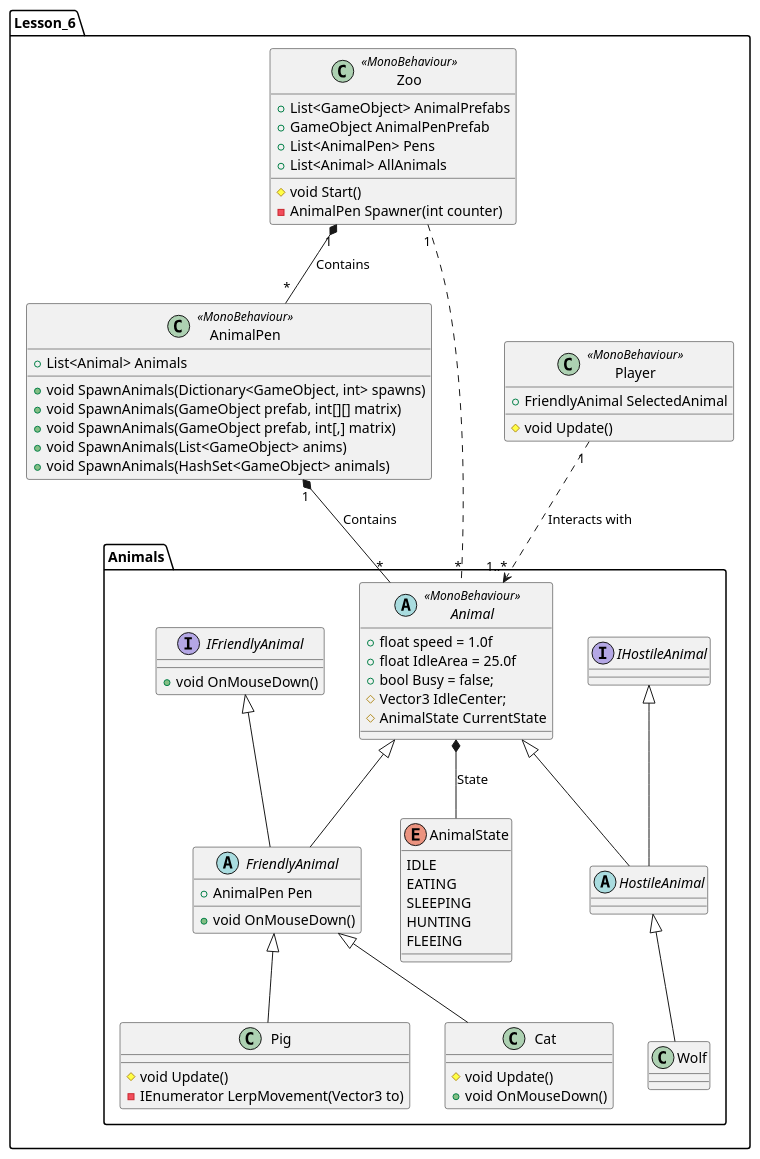
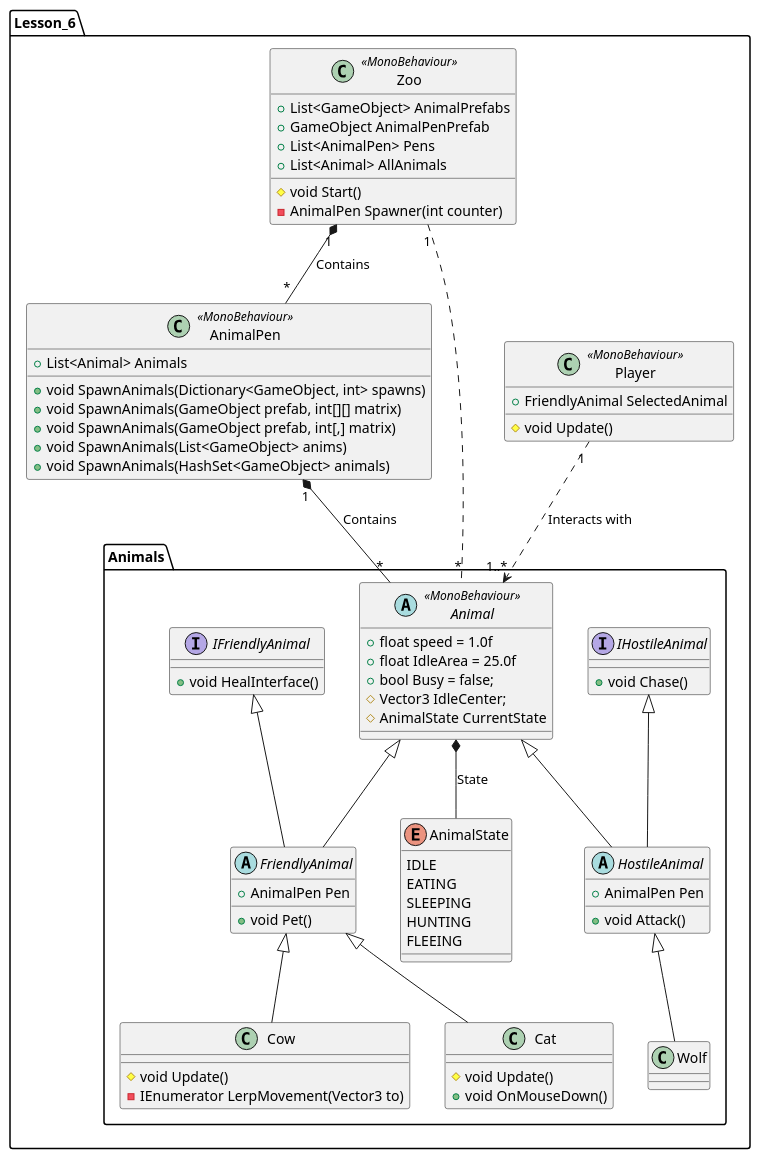
Before and after one commit to Hauvgaard2005/MyZoo: the diagram in Assets/Docs/Class.puml, drawn with PlantUML. The commit also changed 1 other file, not shown here.

Commit message:
PlantUML
Mine changes

```diff
--- a/Assets/Docs/Class.puml
+++ b/Assets/Docs/Class.puml
@@ -1,92 +1,93 @@
 @startuml
 
 namespace Lesson_6{
     class AnimalPen <<MonoBehaviour>>{
         + List<Animal> Animals
         + void SpawnAnimals(Dictionary<GameObject, int> spawns)
         + void SpawnAnimals(GameObject prefab, int[][] matrix)
         + void SpawnAnimals(GameObject prefab, int[,] matrix)
         + void SpawnAnimals(List<GameObject> anims)
         + void SpawnAnimals(HashSet<GameObject> animals)
     }
 
     class Player <<MonoBehaviour>>{
         + FriendlyAnimal SelectedAnimal
         # void Update()
     }
 
     class Zoo <<MonoBehaviour>>{
         + List<GameObject> AnimalPrefabs
         + GameObject AnimalPenPrefab
         + List<AnimalPen> Pens
         + List<Animal> AllAnimals
         # void Start()
         - AnimalPen Spawner(int counter)
     }
 
     namespace Animals{
         enum AnimalState{
             IDLE
             EATING
             SLEEPING
             HUNTING
             FLEEING
         }
         abstract class Animal <<MonoBehaviour>>{
             + float speed = 1.0f
             + float IdleArea = 25.0f
             + bool Busy = false;
             # Vector3 IdleCenter;
             # AnimalState CurrentState
         }
 
         abstract class FriendlyAnimal{
             + AnimalPen Pen
-            + void OnMouseDown()
+            + void Pet()
         }
 
         abstract class HostileAnimal{
-
+            + AnimalPen Pen
+            + void Attack()
         }
 
         interface IFriendlyAnimal{
-            + void OnMouseDown()
+            + void HealInterface()
         }
 
         interface IHostileAnimal{
-
+            + void Chase()
         }
 
         class Cat{
             # void Update()
             + void OnMouseDown()
         }
 
-        class Pig{
+        class Cow{
             # void Update()
             - IEnumerator LerpMovement(Vector3 to)
         }
 
         class Wolf{
 
         }
 
         FriendlyAnimal -up-|> Animal
         FriendlyAnimal -up-|> IFriendlyAnimal
         HostileAnimal -up-|> Animal
         HostileAnimal -up-|> IHostileAnimal
         Wolf -up-|> HostileAnimal
         Cat -up-|> FriendlyAnimal
-        Pig -up-|> FriendlyAnimal
+        Cow -up-|> FriendlyAnimal
         Animal *-- AnimalState : State
     }
 
     Player "1" ..> "1..*" Lesson_6.Animals.Animal : Interacts with
     AnimalPen "1" *-- "*" Lesson_6.Animals.Animal : Contains
     Zoo "1" *-- "*"  AnimalPen : Contains
     Zoo "1" .. "*"  Lesson_6.Animals.Animal
 
 
 }
 
 @enduml
```
